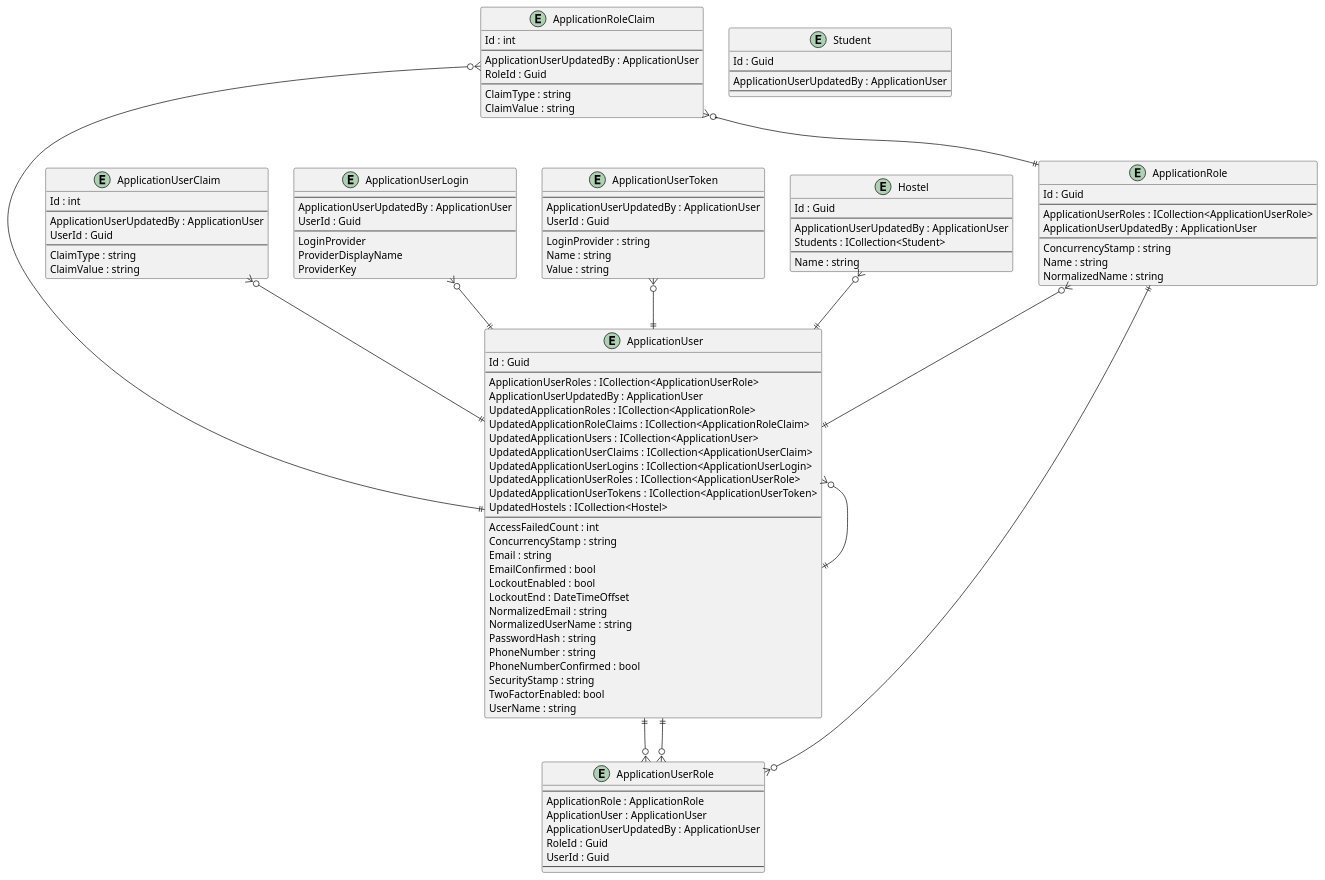
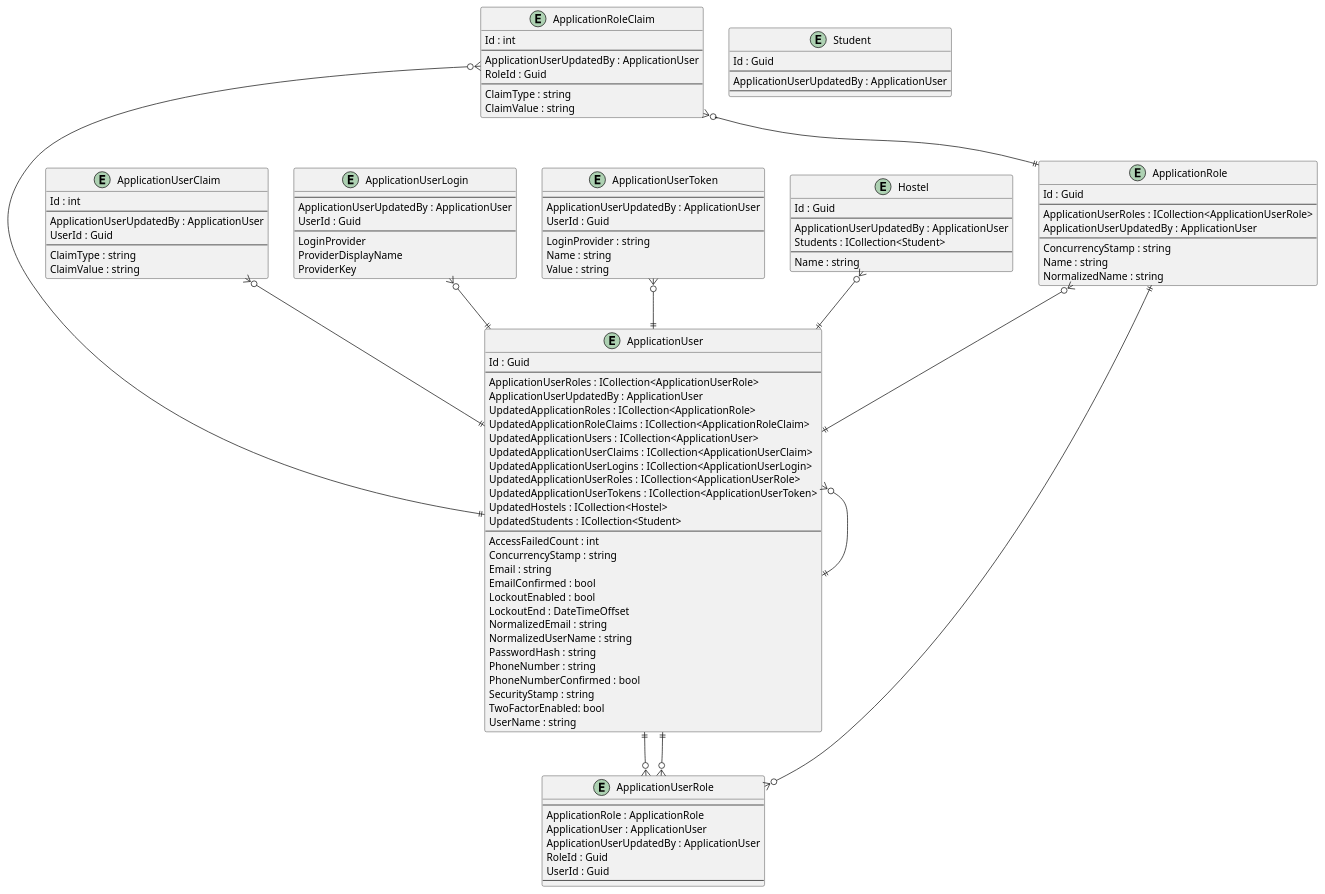
Before and after one commit to intrepion/https-code-maze.com-csharp-create-better-looking-console-applications-with-spectre-console-: the diagram in .docs/HostelStudents.pu, drawn with PlantUML.

Commit message:
gawk -i inplace "{ gsub(/' ApplicationUserKeyCodePlaceholder/, \"UpdatedStudents : ICollection<Student>\n\ \ \ \ ' ApplicationUserKeyCodePlaceholder\") }; { print }" .docs/HostelStudents.pu

```diff
--- a/.docs/HostelStudents.pu
+++ b/.docs/HostelStudents.pu
@@ -1,131 +1,132 @@
 @startuml
 
 entity ApplicationRole {
     Id : Guid
     --
     ApplicationUserRoles : ICollection<ApplicationUserRole>
     ApplicationUserUpdatedBy : ApplicationUser
     --
     ConcurrencyStamp : string
     Name : string
     NormalizedName : string
 }
 
 entity ApplicationRoleClaim {
     Id : int
     --
     ApplicationUserUpdatedBy : ApplicationUser
     RoleId : Guid
     --
     ClaimType : string
     ClaimValue : string
 }
 
 entity ApplicationUser {
     Id : Guid
     --
     ApplicationUserRoles : ICollection<ApplicationUserRole>
     ApplicationUserUpdatedBy : ApplicationUser
     UpdatedApplicationRoles : ICollection<ApplicationRole>
     UpdatedApplicationRoleClaims : ICollection<ApplicationRoleClaim>
     UpdatedApplicationUsers : ICollection<ApplicationUser>
     UpdatedApplicationUserClaims : ICollection<ApplicationUserClaim>
     UpdatedApplicationUserLogins : ICollection<ApplicationUserLogin>
     UpdatedApplicationUserRoles : ICollection<ApplicationUserRole>
     UpdatedApplicationUserTokens : ICollection<ApplicationUserToken>
     UpdatedHostels : ICollection<Hostel>
+    UpdatedStudents : ICollection<Student>
     ' ApplicationUserKeyCodePlaceholder
     --
     AccessFailedCount : int
     ConcurrencyStamp : string
     Email : string
     EmailConfirmed : bool
     LockoutEnabled : bool
     LockoutEnd : DateTimeOffset
     NormalizedEmail : string
     NormalizedUserName : string
     PasswordHash : string
     PhoneNumber : string
     PhoneNumberConfirmed : bool
     SecurityStamp : string
     TwoFactorEnabled: bool
     UserName : string
 }
 
 entity ApplicationUserClaim {
     Id : int
     --
     ApplicationUserUpdatedBy : ApplicationUser
     UserId : Guid
     --
     ClaimType : string
     ClaimValue : string
 }
 
 entity ApplicationUserLogin {
     --
     ApplicationUserUpdatedBy : ApplicationUser
     UserId : Guid
     --
     LoginProvider
     ProviderDisplayName
     ProviderKey
 }
 
 entity ApplicationUserRole {
     --
     ApplicationRole : ApplicationRole
     ApplicationUser : ApplicationUser
     ApplicationUserUpdatedBy : ApplicationUser
     RoleId : Guid
     UserId : Guid
     --
 }
 
 entity ApplicationUserToken {
     --
     ApplicationUserUpdatedBy : ApplicationUser
     UserId : Guid
     --
     LoginProvider : string
     Name : string
     Value : string
 }
 
 entity Hostel {
     Id : Guid
     --
     ApplicationUserUpdatedBy : ApplicationUser
     Students : ICollection<Student>
     ' HostelKeyCodePlaceholder
     --
     Name : string
     ' HostelPropertyCodePlaceholder
 }
 
 entity Student {
     Id : Guid
     --
     ApplicationUserUpdatedBy : ApplicationUser
     ' StudentKeyCodePlaceholder
     --
     ' StudentPropertyCodePlaceholder
 }
 
 ' EntityCodePlaceholder
 
 ApplicationRole ||--o{ ApplicationUserRole
 ApplicationRole }o--|| ApplicationUser
 ApplicationRoleClaim }o--|| ApplicationRole
 ApplicationRoleClaim }o--|| ApplicationUser
 ApplicationUser }o--|| ApplicationUser
 ApplicationUser ||--o{ ApplicationUserRole
 ApplicationUserClaim }o--|| ApplicationUser
 ApplicationUserLogin }o--|| ApplicationUser
 ApplicationUserRole }o--|| ApplicationUser
 ApplicationUserToken }o--|| ApplicationUser
 
 Hostel }o--|| ApplicationUser
 ' RelationshipCodePlaceholder
 
 @enduml
```
